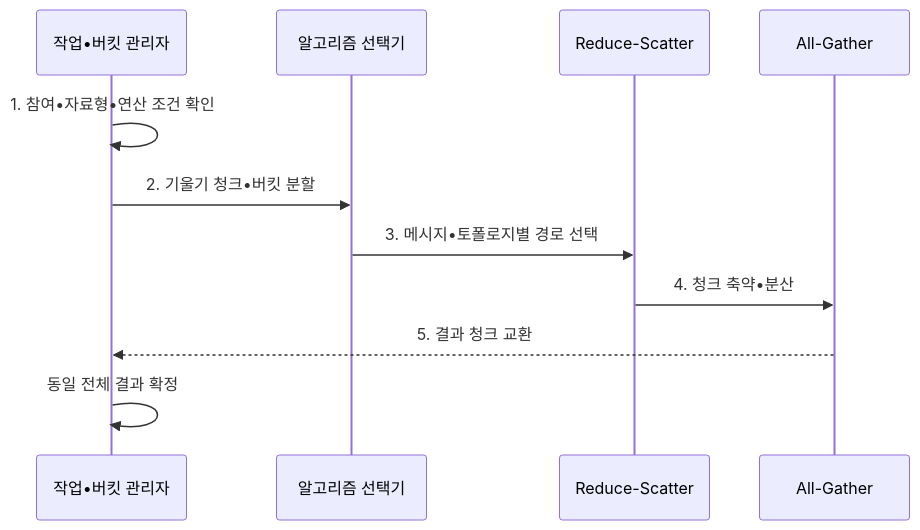
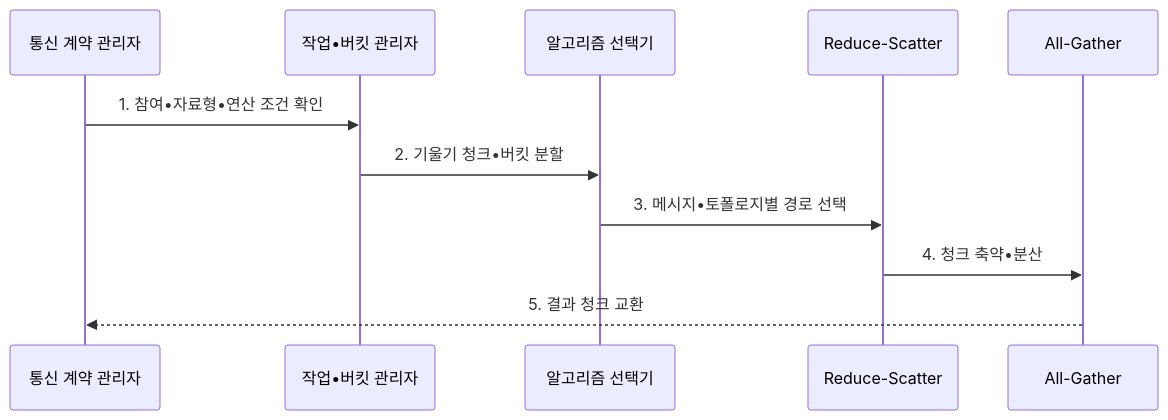
One commit to agnusdei1207/knowledge-base changed the second of 2 diagrams in src/content/docs/notes/08-latest-tech/153_all_reduce.md. Above: the diagram before and after it, drawn with Mermaid. The commit also changed other lines of this file and 20 other files, not shown here.

````diff
--- a/src/content/docs/notes/08-latest-tech/153_all_reduce.md
+++ b/src/content/docs/notes/08-latest-tech/153_all_reduce.md
@@ -104,13 +104,13 @@
 ```mermaid
 sequenceDiagram
+    participant C as 통신 계약 관리자
     participant B as 작업•버킷 관리자
     participant A as 알고리즘 선택기
     participant R as Reduce-Scatter
     participant G as All-Gather
-    B->>B: 1. 참여•자료형•연산 조건 확인
+    C->>B: 1. 참여•자료형•연산 조건 확인
     B->>A: 2. 기울기 청크•버킷 분할
     A->>R: 3. 메시지•토폴로지별 경로 선택
     R->>G: 4. 청크 축약•분산
-    G-->>B: 5. 결과 청크 교환
-    B->>B: 동일 전체 결과 확정
+    G-->>C: 5. 결과 청크 교환
 ```
````
